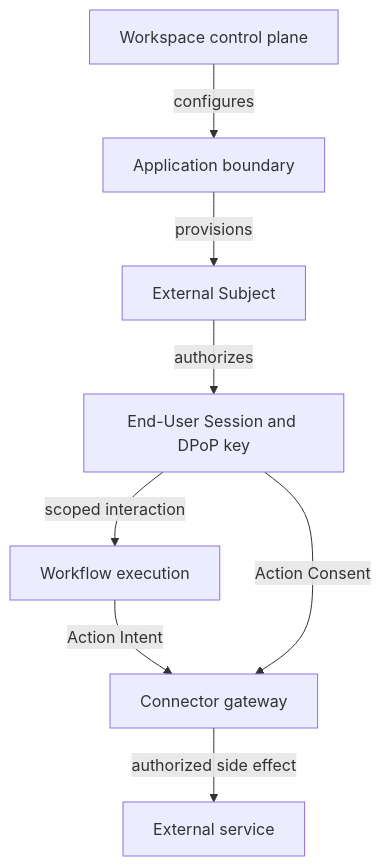
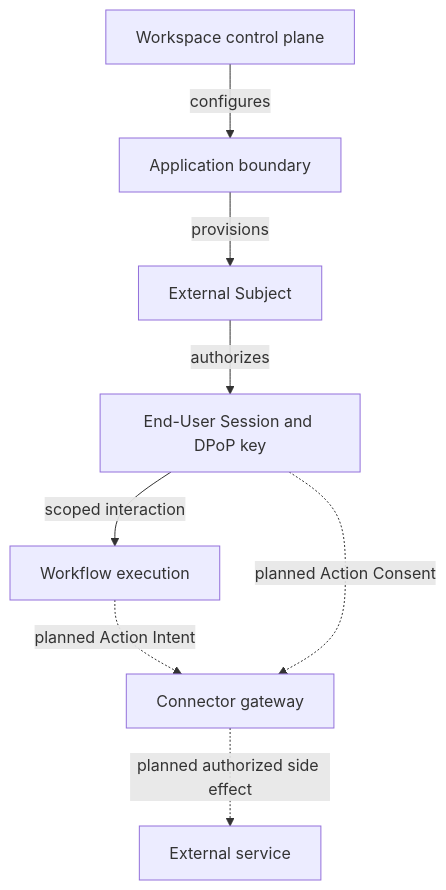
The diagram in apps/docs/content/docs/security/index.mdx (linea-org/linea), drawn with Mermaid before and after one commit. The commit also changed other lines of this file and 3 other files, not shown here.

````diff
--- a/apps/docs/content/docs/security/index.mdx
+++ b/apps/docs/content/docs/security/index.mdx
@@ -22,17 +25,17 @@
 ```mermaid
 flowchart TB
   Workspace[Workspace control plane]
   Application[Application boundary]
   Subject[External Subject]
   Session[End-User Session and DPoP key]
   Execution[Workflow execution]
   Connector[Connector gateway]
   Service[External service]
   Workspace -->|configures| Application
   Application -->|provisions| Subject
   Subject -->|authorizes| Session
   Session -->|scoped interaction| Execution
-  Execution -->|Action Intent| Connector
-  Session -->|Action Consent| Connector
-  Connector -->|authorized side effect| Service
+  Execution -.->|planned Action Intent| Connector
+  Session -.->|planned Action Consent| Connector
+  Connector -.->|planned authorized side effect| Service
 ```
````
